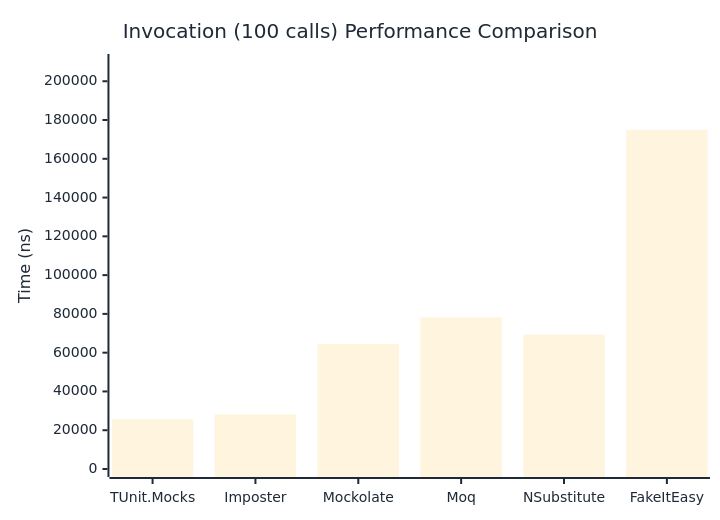
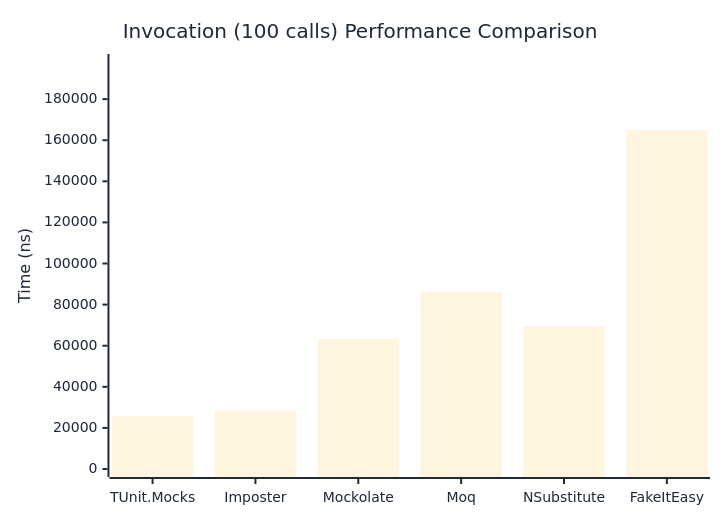
The third of 3 diagrams in docs/docs/benchmarks/mocks/Invocation.md (thomhurst/TUnit), drawn with Mermaid before and after one commit. The commit also changed other lines of this file and 14 other files, not shown here.

````diff
--- a/docs/docs/benchmarks/mocks/Invocation.md
+++ b/docs/docs/benchmarks/mocks/Invocation.md
@@ -110,27 +110,27 @@
 ```mermaid
 %%{init: {
   'theme':'base',
   'themeVariables': {
     'primaryColor': '#2563eb',
     'primaryTextColor': '#1f2937',
     'primaryBorderColor': '#1e40af',
     'lineColor': '#6b7280',
     'secondaryColor': '#7c3aed',
     'tertiaryColor': '#dc2626',
     'background': '#ffffff',
     'pie1': '#2563eb',
     'pie2': '#7c3aed',
     'pie3': '#dc2626',
     'pie4': '#f59e0b',
     'pie5': '#10b981',
     'pie6': '#06b6d4',
     'pie7': '#ec4899',
     'pie8': '#6366f1'
   }
 }}%%
 xychart-beta
   title "Invocation (100 calls) Performance Comparison"
   x-axis ["TUnit.Mocks", "Imposter", "Mockolate", "Moq", "NSubstitute", "FakeItEasy"]
-  y-axis "Time (ns)" 0 --> 209923
-  bar [25691.5, 28142.1, 64509.4, 78189.3, 69342.2, 174935.1]
+  y-axis "Time (ns)" 0 --> 198072
+  bar [25730.9, 28584.7, 63248.5, 86240.5, 69456.3, 165059.2]
 ```
````
